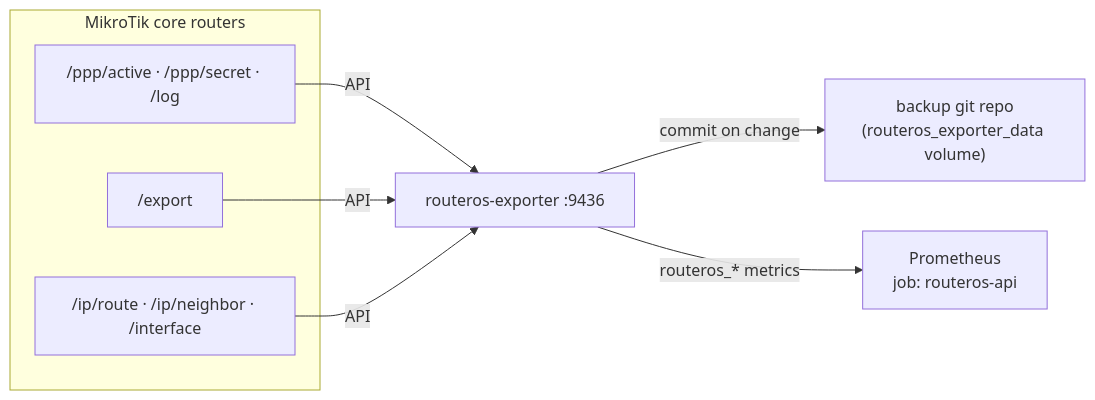
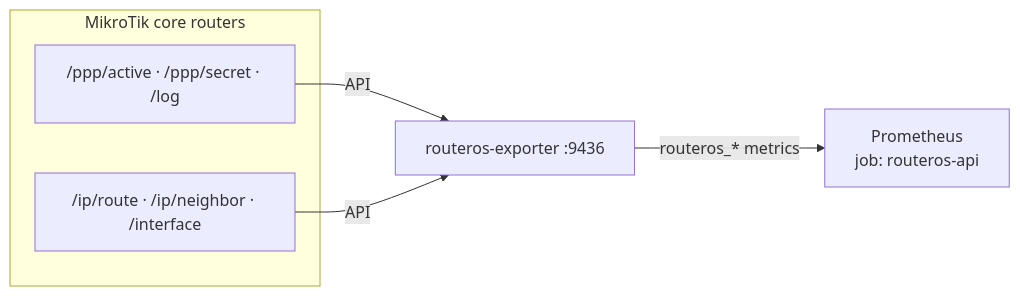
One commit to ValCee1/ISP-Observability-Platform changed the diagram in docs/tier1-subscriber-config-topology.md. Above: the diagram before and after it, drawn with Mermaid. The commit also changed other lines of this file and 55 other files, not shown here.

Commit message:
Refocus on monitoring: remove config backup, freq migration, feature packaging; add exporter-health rules

````diff
--- a/docs/tier1-subscriber-config-topology.md
+++ b/docs/tier1-subscriber-config-topology.md
@@ -20,17 +23,13 @@
 ```mermaid
 flowchart LR
     subgraph routers["MikroTik core routers"]
         A["/ppp/active · /ppp/secret · /log"]
-        B["/export"]
         C["/ip/route · /ip/neighbor · /interface"]
     end
     RE["routeros-exporter :9436"]
-    GIT["backup git repo\n(routeros_exporter_data volume)"]
     P["Prometheus\njob: routeros-api"]
 
     A -->|API| RE
-    B -->|API| RE
     C -->|API| RE
-    RE -->|commit on change| GIT
     RE -->|routeros_* metrics| P
 ```
````
